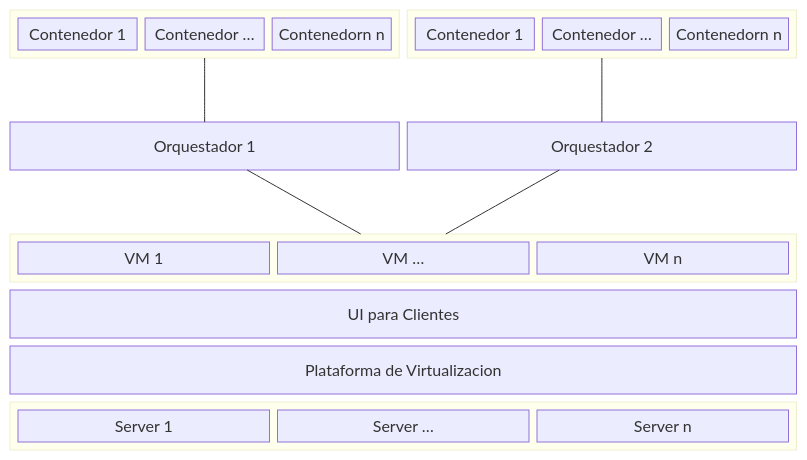
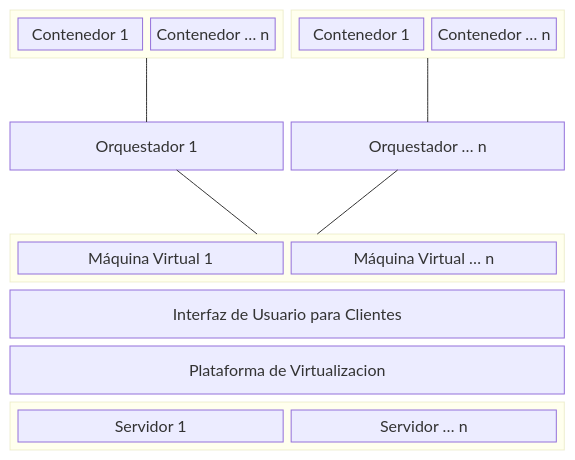
The first of 3 diagrams in e01/README.md (DevOps-In-formation/temporada1), drawn with Mermaid before and after one commit.

Commit message:
trabajo en progreso

````diff
--- a/e01/README.md
+++ b/e01/README.md
@@ -5,38 +5,34 @@
 ```mermaid
 block
-  columns 6
-  block:nsp1:3
-    columns 3
+  columns 4
+  block:nsp1:2
+    columns 2
     or1cn1["Contenedor 1"]
-    or1cne["Contenedor …"]
-    or1cnn["Contenedorn n"]
+    or1cnn["Contenedor … n"]
   end
-  block:nsp2:3
-    columns 3
+  block:nsp2:2
+    columns 2
     or2cn1["Contenedor 1"]
-    or2cne["Contenedor …"]
-    or2cnn["Contenedorn n"]
+    or2cnn["Contenedor … n"]
   end
-  space:6
-  or1["Orquestador 1"]:3
-  or2["Orquestador 2"]:3
-  space:6
-  block:env1:6
-    columns 3
-    hv1vm1["VM 1"]
-    hv1vme["VM …"]
-    hv1vmn["VM n"]
+  space:4
+  or1["Orquestador 1"]:2
+  or2["Orquestador … n"]:2
+  space:4
+  block:env1:4
+    columns 2
+    hv1vm1["Máquina Virtual 1"]
+    hv1vmn["Máquina Virtual … n"]
   end
-  con1["UI para Clientes"]:6
-  vrt1["Plataforma de Virtualizacion"]:6
-  block:dc1:6
-    columns 3
-    dc1srv1["Server 1"]
-    dc2srve["Server …"]
-    dc1srvn["Server n"]
+  con1["Interfaz de Usuario para Clientes"]:4
+  vrt1["Plataforma de Virtualizacion"]:4
+  block:dc1:4
+    columns 2
+    dc1srv1["Servidor 1"]
+    dc1srvn["Servidor … n"]
   end
   env1 --- or1
   env1 --- or2
   or1 --- nsp1
   or2 --- nsp2
 ```
````
